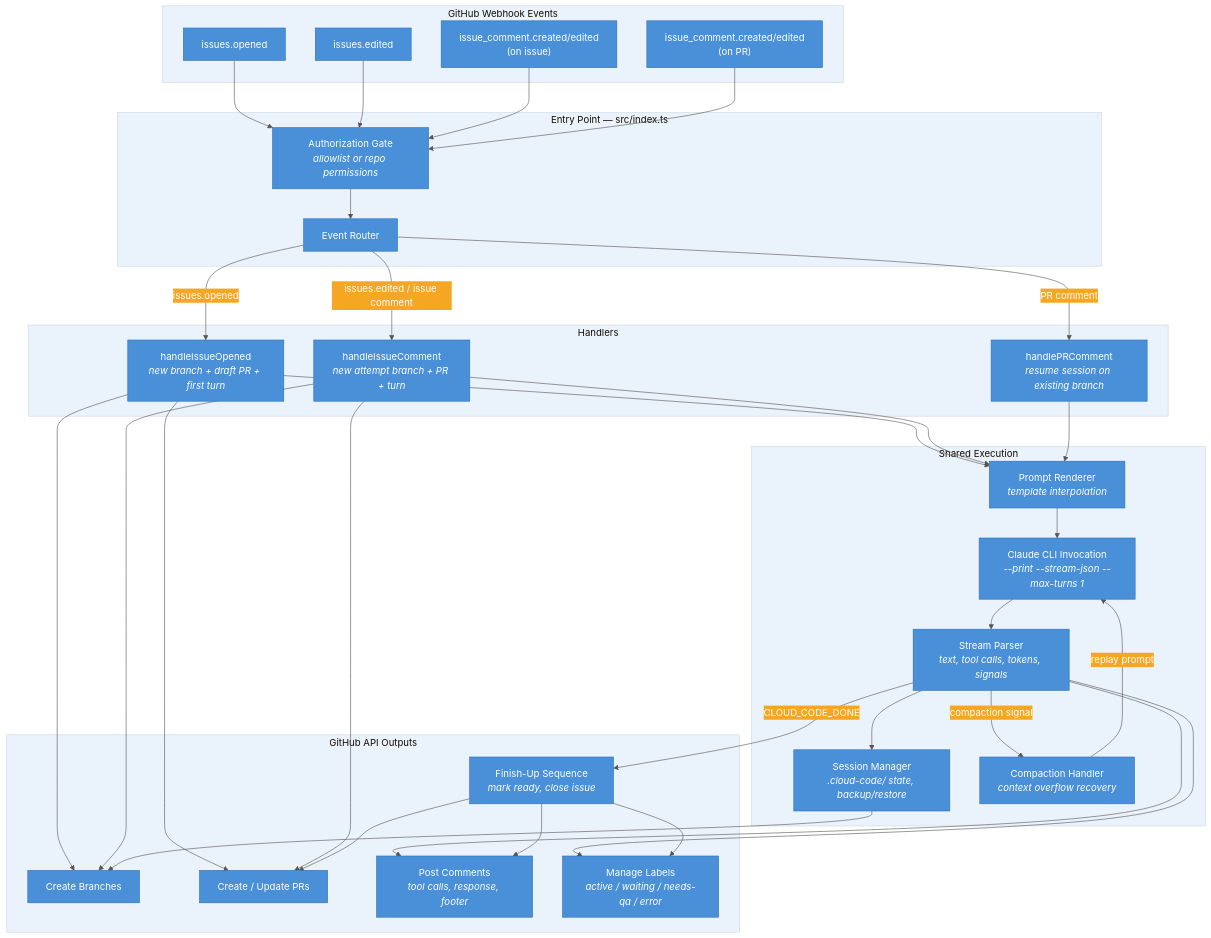
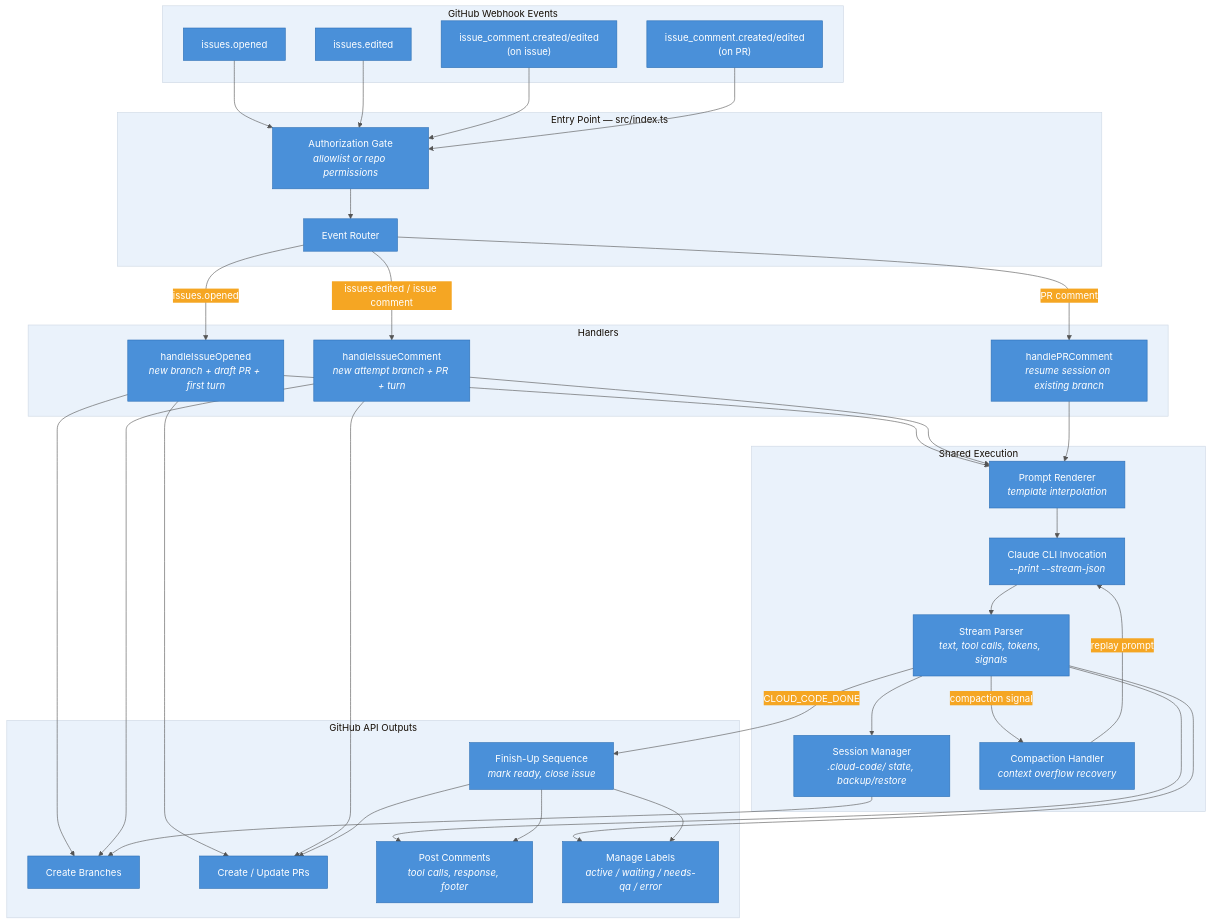
One commit to ebanisadr/cloud-code changed the diagram in docs/img/architecture.mmd. Above: the diagram before and after it, drawn with Mermaid. The commit also changed 6 other files, not shown here.

Commit message:
Remove --max-turns 1 flag to allow multi-turn agent execution

```diff
--- a/docs/img/architecture.mmd
+++ b/docs/img/architecture.mmd
@@ -1,66 +1,66 @@
 %%{ init: { "theme": "base", "themeVariables": { "primaryColor": "#4A90D9", "primaryTextColor": "#fff", "primaryBorderColor": "#2C6FB5", "lineColor": "#555", "secondaryColor": "#F5A623", "tertiaryColor": "#EAF2FB" } } }%%
 
 flowchart TB
     subgraph events ["GitHub Webhook Events"]
         E1["issues.opened"]
         E2["issues.edited"]
         E3["issue_comment.created/edited<br/>(on issue)"]
         E4["issue_comment.created/edited<br/>(on PR)"]
     end
 
     subgraph entry ["Entry Point &mdash; src/index.ts"]
         AUTH["Authorization Gate<br/><i>allowlist or repo permissions</i>"]
         ROUTE["Event Router"]
     end
 
     subgraph handlers ["Handlers"]
         H1["handleIssueOpened<br/><i>new branch + draft PR + first turn</i>"]
         H2["handleIssueComment<br/><i>new attempt branch + PR + turn</i>"]
         H3["handlePRComment<br/><i>resume session on existing branch</i>"]
     end
 
     subgraph shared ["Shared Execution"]
         PROMPT["Prompt Renderer<br/><i>template interpolation</i>"]
-        CLI["Claude CLI Invocation<br/><i>--print --stream-json --max-turns 1</i>"]
+        CLI["Claude CLI Invocation<br/><i>--print --stream-json</i>"]
         SESSION["Session Manager<br/><i>.cloud-code/ state, backup/restore</i>"]
         COMPACT["Compaction Handler<br/><i>context overflow recovery</i>"]
         PARSE["Stream Parser<br/><i>text, tool calls, tokens, signals</i>"]
     end
 
     subgraph outputs ["GitHub API Outputs"]
         BRANCH["Create Branches"]
         PR["Create / Update PRs"]
         COMMENT["Post Comments<br/><i>tool calls, response, footer</i>"]
         LABEL["Manage Labels<br/><i>active / waiting / needs-qa / error</i>"]
         FINISH["Finish-Up Sequence<br/><i>mark ready, close issue</i>"]
     end
 
     E1 & E2 & E3 & E4 --> AUTH
     AUTH --> ROUTE
 
     ROUTE -->|"issues.opened"| H1
     ROUTE -->|"issues.edited / issue comment"| H2
     ROUTE -->|"PR comment"| H3
 
     H1 --> PROMPT
     H2 --> PROMPT
     H3 --> PROMPT
 
     PROMPT --> CLI
     CLI --> PARSE
     PARSE --> SESSION
     PARSE -->|"compaction signal"| COMPACT
     COMPACT -->|"replay prompt"| CLI
     PARSE -->|"CLOUD_CODE_DONE"| FINISH
 
     H1 --> BRANCH
     H1 --> PR
     H2 --> BRANCH
     H2 --> PR
 
     SESSION --> BRANCH
     PARSE --> COMMENT
     PARSE --> LABEL
     FINISH --> PR
     FINISH --> COMMENT
     FINISH --> LABEL
```
